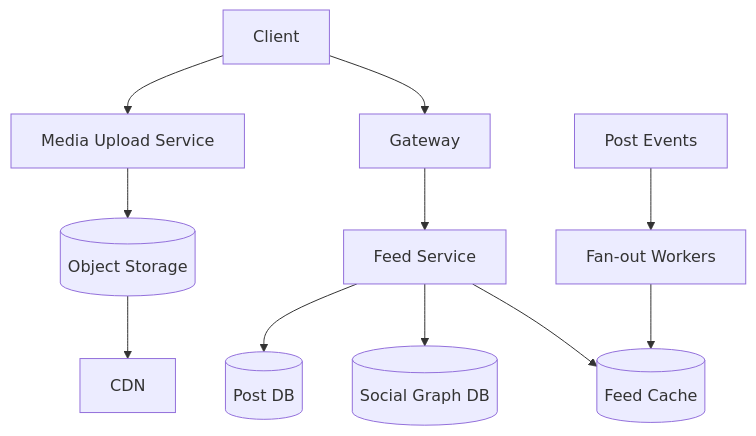
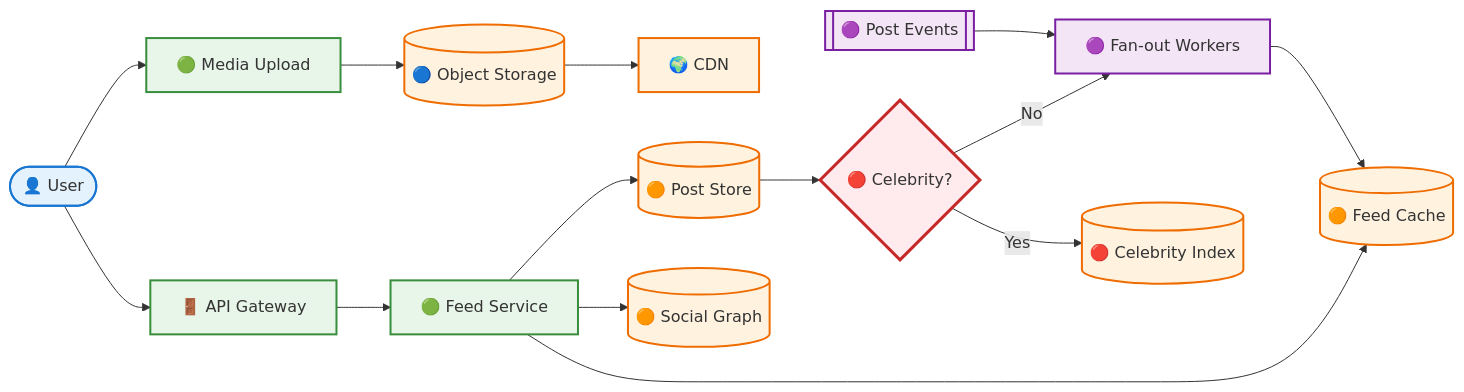
One commit to azam123/Engineering-Interview-Prep changed the first of 3 diagrams in System-Design/04-Facebook-Instagram/solution.md. Above: the diagram before and after it, drawn with Mermaid. The commit also changed other lines of this file, not shown here.

Commit message:
Add colorful animated-style social feed and celebrity traffic diagrams

````diff
--- a/System-Design/04-Facebook-Instagram/solution.md
+++ b/System-Design/04-Facebook-Instagram/solution.md
@@ -26,13 +33,27 @@
 ```mermaid
-flowchart TD
- Client --> Gateway
- Gateway --> Feed[Feed Service]
- Feed --> Cache[(Feed Cache)]
- Feed --> Graph[(Social Graph DB)]
- Feed --> Posts[(Post DB)]
- Client --> Upload[Media Upload Service]
- Upload --> Object[(Object Storage)]
- Object --> CDN
- PostEvents[Post Events] --> Fanout[Fan-out Workers]
- Fanout --> Cache
+flowchart LR
+    U([👤 User]) --> G[🚪 API Gateway]
+    G --> F[🟢 Feed Service]
+    F --> C[(🟠 Feed Cache)]
+    F --> Graph[(🟠 Social Graph)]
+    F --> Posts[(🟠 Post Store)]
+    U --> Upload[🟢 Media Upload]
+    Upload --> Object[(🔵 Object Storage)]
+    Object --> CDN[🌍 CDN]
+    Events[[🟣 Post Events]] --> Fanout[🟣 Fan-out Workers]
+    Fanout --> C
+    Posts --> Hot{🔴 Celebrity?}
+    Hot -->|Yes| Index[(🔴 Celebrity Index)]
+    Hot -->|No| Fanout
+
+    classDef client fill:#E3F2FD,stroke:#1976D2,stroke-width:2px;
+    classDef service fill:#E8F5E9,stroke:#388E3C,stroke-width:2px;
+    classDef data fill:#FFF3E0,stroke:#EF6C00,stroke-width:2px;
+    classDef async fill:#F3E5F5,stroke:#7B1FA2,stroke-width:2px;
+    classDef hot fill:#FFEBEE,stroke:#C62828,stroke-width:3px;
+    class U client;
+    class G,F,Upload service;
+    class C,Graph,Posts,Object,CDN,Index data;
+    class Events,Fanout async;
+    class Hot hot;
 ```
````
